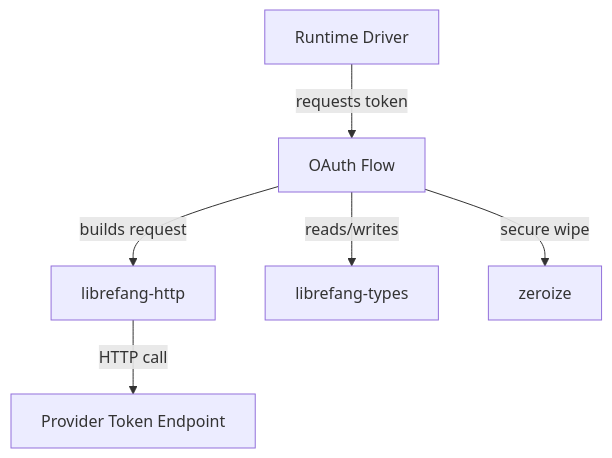
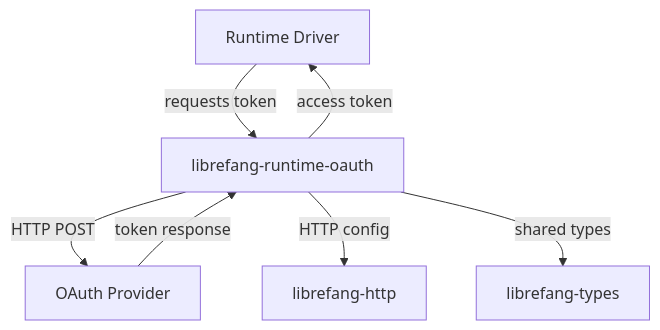
One commit to leszek3737/librefang-WIki changed the diagram in other-librefang-runtime-oauth.md. Above: the diagram before and after it, drawn with Mermaid. The commit also changed other lines of this file and 99 other files, not shown here.

````diff
--- a/other-librefang-runtime-oauth.md
+++ b/other-librefang-runtime-oauth.md
@@ -15,8 +29,9 @@
 ```mermaid
 graph TD
-    A[Runtime Driver] -->|requests token| B[OAuth Flow]
-    B -->|builds request| C[librefang-http]
-    C -->|HTTP call| D[Provider Token Endpoint]
-    B -->|reads/writes| E[librefang-types]
-    B -->|secure wipe| F[zeroize]
+    A[Runtime Driver] -->|requests token| B[librefang-runtime-oauth]
+    B -->|HTTP POST| C[OAuth Provider]
+    C -->|token response| B
+    B -->|access token| A
+    B -->|HTTP config| D[librefang-http]
+    B -->|shared types| E[librefang-types]
 ```
````
